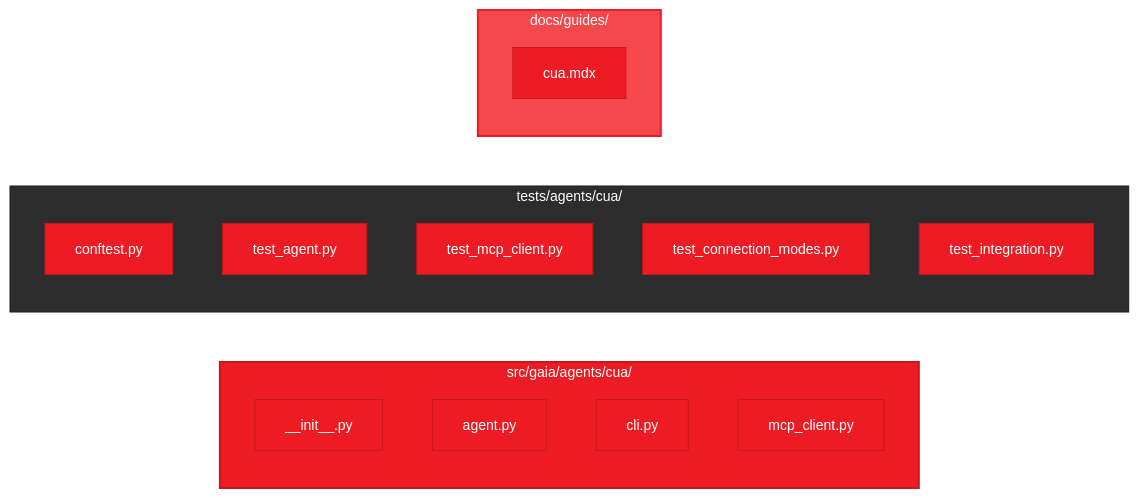
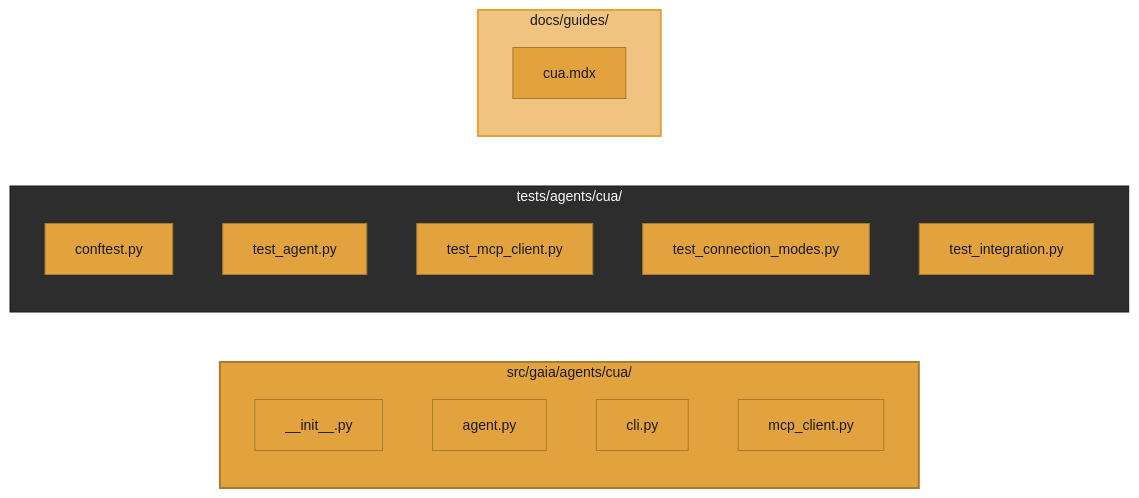
Before and after one commit to amd/gaia: the fourth of 4 diagrams in docs/plans/cua.mdx, drawn with Mermaid. The commit also changed other lines of this file and 37 other files, not shown here.

````diff
--- a/docs/plans/cua.mdx
+++ b/docs/plans/cua.mdx
@@ -293,26 +293,26 @@
 ```mermaid
-%%{init: {'theme':'base', 'themeVariables': { 'primaryColor':'#ED1C24', 'primaryTextColor':'#fff', 'primaryBorderColor':'#C8171E', 'lineColor':'#F4484D', 'secondaryColor':'#2d2d2d', 'tertiaryColor':'#f5f5f5', 'fontSize':'14px', 'fontFamily': 'system-ui, -apple-system, sans-serif'}}}%%
+%%{init: {'theme':'base', 'themeVariables': { 'primaryColor':'#E2A33E', 'primaryTextColor':'#1a1a1a', 'primaryBorderColor':'#A87B2D', 'lineColor':'#EFC480', 'secondaryColor':'#2d2d2d', 'tertiaryColor':'#f5f5f5', 'fontSize':'14px', 'fontFamily': 'system-ui, -apple-system, sans-serif'}}}%%
 graph LR
     subgraph Source["src/gaia/agents/cua/"]
         A1["__init__.py"]
         A2["agent.py"]
         A3["cli.py"]
         A4["mcp_client.py"]
     end
 
     subgraph Tests["tests/agents/cua/"]
         T1["conftest.py"]
         T2["test_agent.py"]
         T3["test_mcp_client.py"]
         T4["test_connection_modes.py"]
         T5["test_integration.py"]
     end
 
     subgraph Docs["docs/guides/"]
         D1["cua.mdx"]
     end
 
-    style Source fill:#ED1C24,stroke:#C8171E,stroke-width:2px,color:#fff
+    style Source fill:#E2A33E,stroke:#A87B2D,stroke-width:2px,color:#1a1a1a
     style Tests fill:#2d2d2d,stroke:#1a1a1a,stroke-width:1px,color:#fff
-    style Docs fill:#F4484D,stroke:#ED1C24,stroke-width:2px,color:#fff
+    style Docs fill:#EFC480,stroke:#E2A33E,stroke-width:2px,color:#1a1a1a
 ```
````
